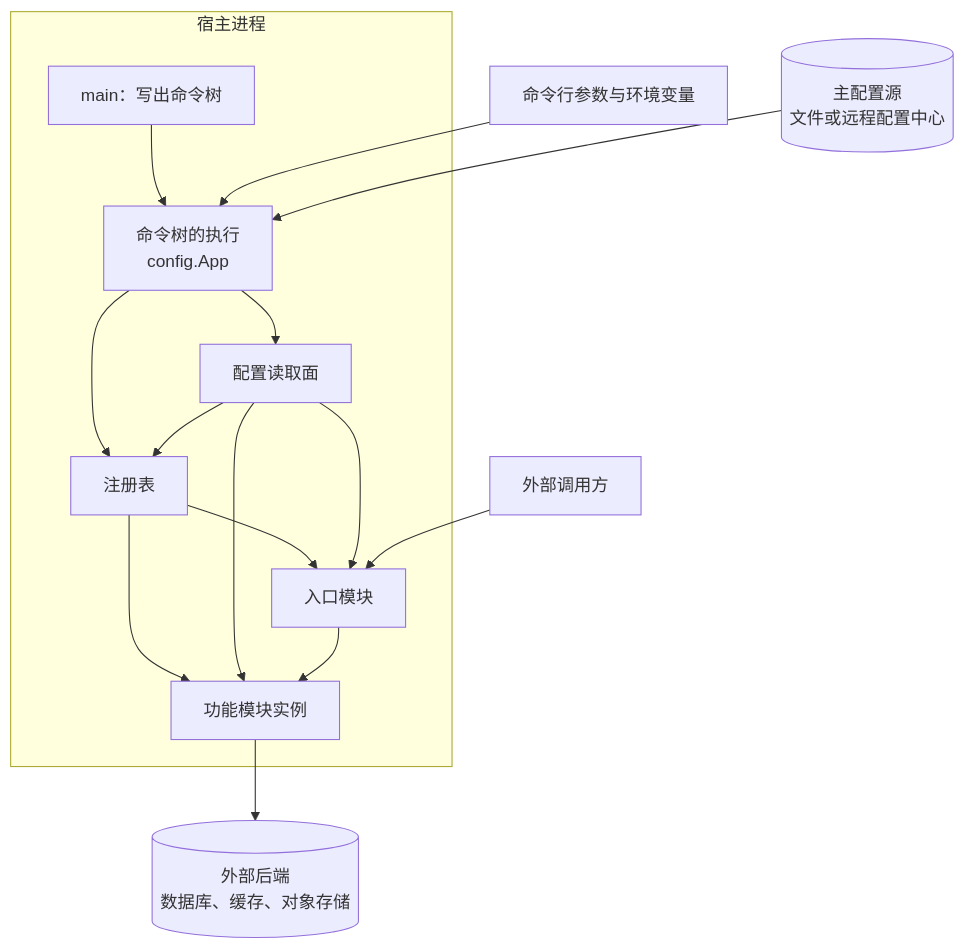
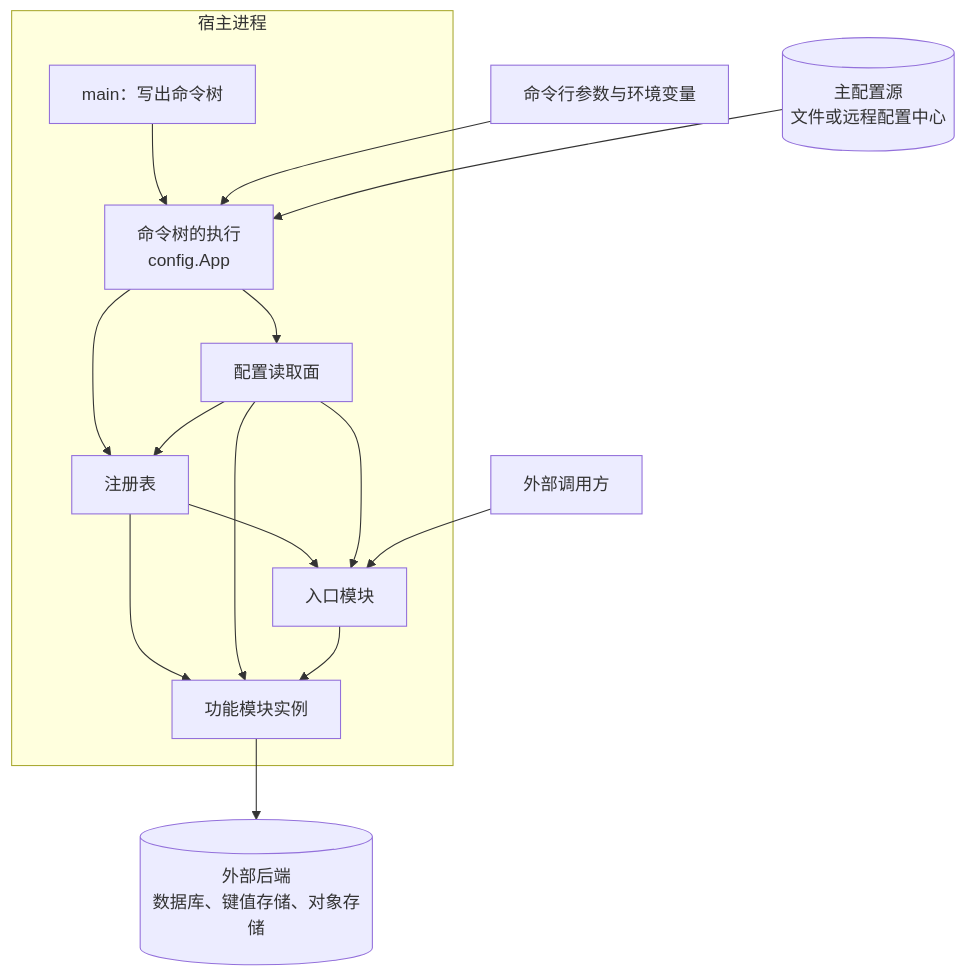
Before and after one commit to wangzw/speed: the second of 2 diagrams in docs/design/architecture.md, drawn with Mermaid. The commit also changed other lines of this file and 17 other files, not shown here.

````diff
--- a/docs/design/architecture.md
+++ b/docs/design/architecture.md
@@ -73,30 +73,30 @@
 ```mermaid
 graph TD
   cli["命令行参数与环境变量"]
   primary[("主配置源<br/>文件或远程配置中心")]
   client["外部调用方"]
-  backend[("外部后端<br/>数据库、缓存、对象存储")]
+  backend[("外部后端<br/>数据库、键值存储、对象存储")]
 
   subgraph proc["宿主进程"]
     main["main：写出命令树"]
     exec["命令树的执行<br/>config.App"]
     registry["注册表"]
     cfg["配置读取面"]
     entry["入口模块"]
     instances["功能模块实例"]
     main --> exec
     exec --> cfg
     exec --> registry
     cfg --> registry
     registry --> entry
     registry --> instances
     cfg --> instances
     cfg --> entry
     entry --> instances
   end
 
   cli --> exec
   primary --> exec
   client --> entry
   instances --> backend
 ```
````
